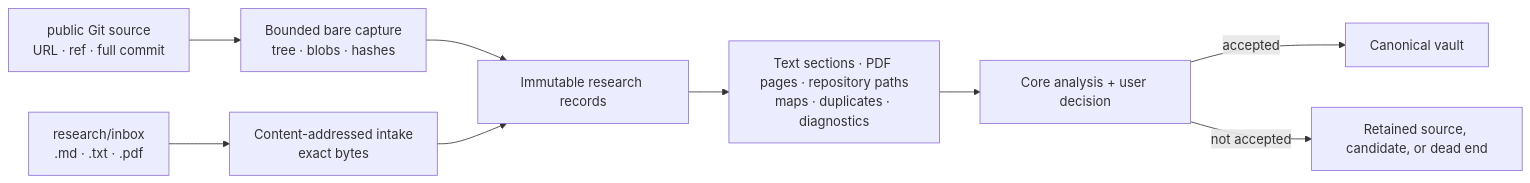
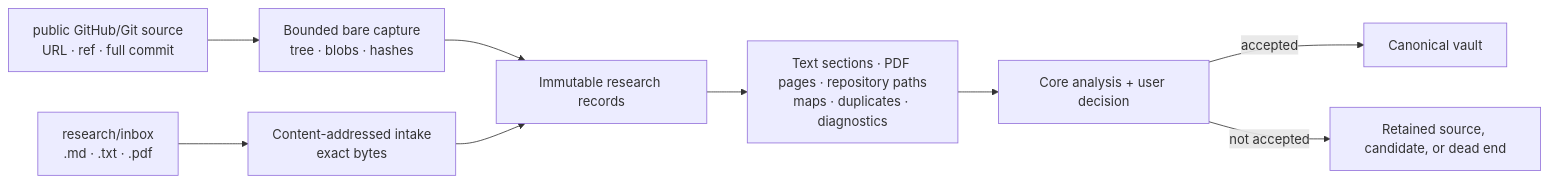
One commit to hancockm/governed-codex-bootstrap changed the second of 9 diagrams in docs/SYSTEM_USER_GUIDE.md. Above: the diagram before and after it, drawn with Mermaid. The commit also changed other lines of this file and 1 other file, not shown here.

Commit message:
docs(guide): surface GitHub research intake

````diff
--- a/docs/SYSTEM_USER_GUIDE.md
+++ b/docs/SYSTEM_USER_GUIDE.md
@@ -235,11 +247,11 @@
 ```mermaid
 flowchart LR
     Raw["research/inbox<br/>.md · .txt · .pdf"] --> Intake["Content-addressed intake<br/>exact bytes"]
-    Git["public Git source<br/>URL · ref · full commit"] --> Snapshot["Bounded bare capture<br/>tree · blobs · hashes"]
+    Git["public GitHub/Git source<br/>URL · ref · full commit"] --> Snapshot["Bounded bare capture<br/>tree · blobs · hashes"]
     Snapshot --> Records
     Intake --> Records["Immutable research records"]
     Records --> Organize["Text sections · PDF pages · repository paths<br/>maps · duplicates · diagnostics"]
     Organize --> Review["Core analysis + user decision"]
     Review -->|accepted| Canonical["Canonical vault"]
     Review -->|not accepted| Evidence["Retained source, candidate, or dead end"]
 ```
````
